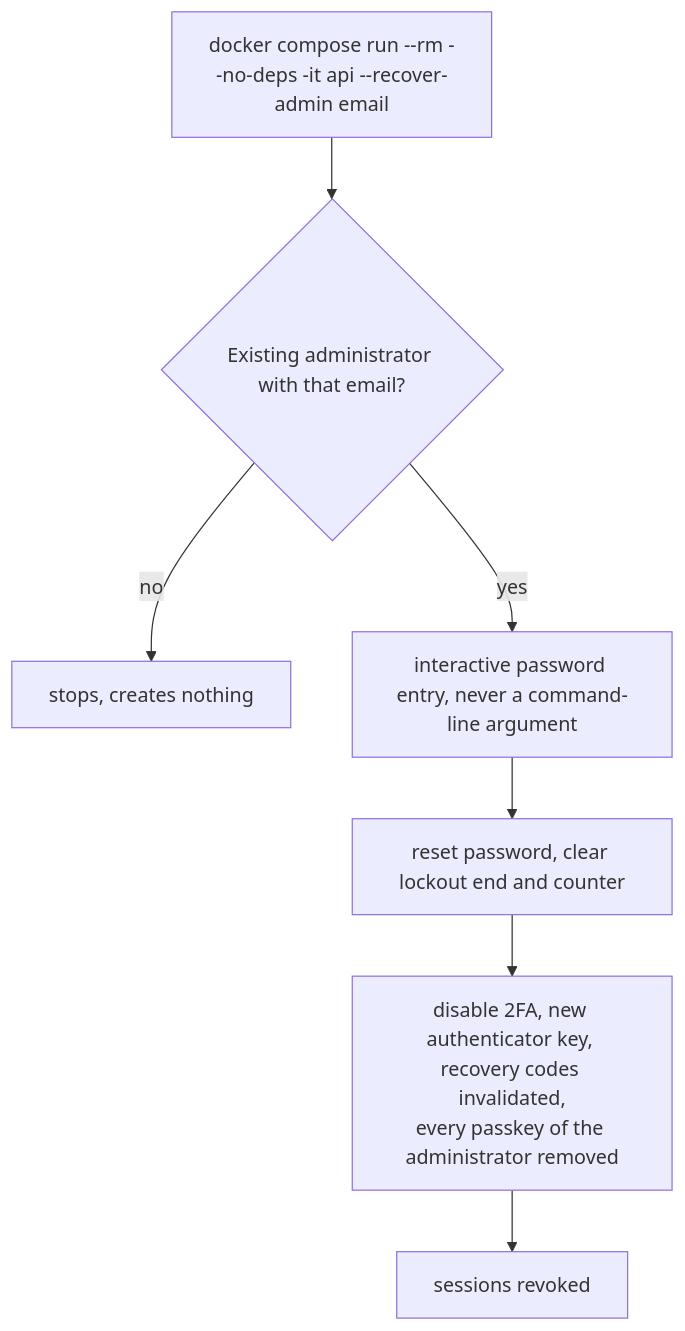
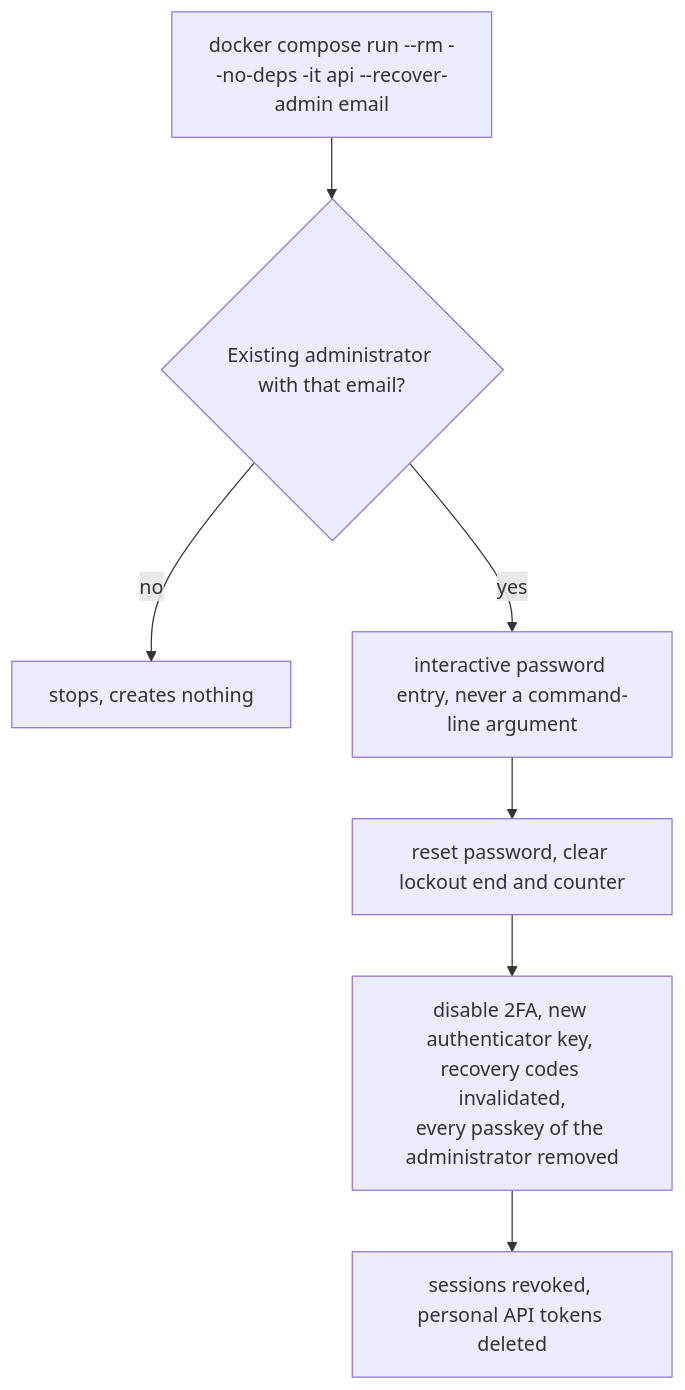
One commit to Justxs/Jx-Finance changed the diagram in docs/features/admin-recovery-command.md. Above: the diagram before and after it, drawn with Mermaid. The commit also changed other lines of this file and 112 other files, not shown here.

First line of the commit message:
feat(auth): read-only personal API tokens

````diff
--- a/docs/features/admin-recovery-command.md
+++ b/docs/features/admin-recovery-command.md
@@ -5,9 +5,9 @@
 ```mermaid
 flowchart TD
     Run["docker compose run --rm --no-deps -it api --recover-admin email"] --> Exists{"Existing administrator with that email?"}
     Exists -->|"no"| Stop["stops, creates nothing"]
     Exists -->|"yes"| Ask["interactive password entry, never a command-line argument"]
     Ask --> Reset["reset password, clear lockout end and counter"]
     Reset --> Tfa["disable 2FA, new authenticator key, recovery codes invalidated,<br/>every passkey of the administrator removed"]
-    Tfa --> Sessions["sessions revoked"]
+    Tfa --> Sessions["sessions revoked, personal API tokens deleted"]
 ```
````
